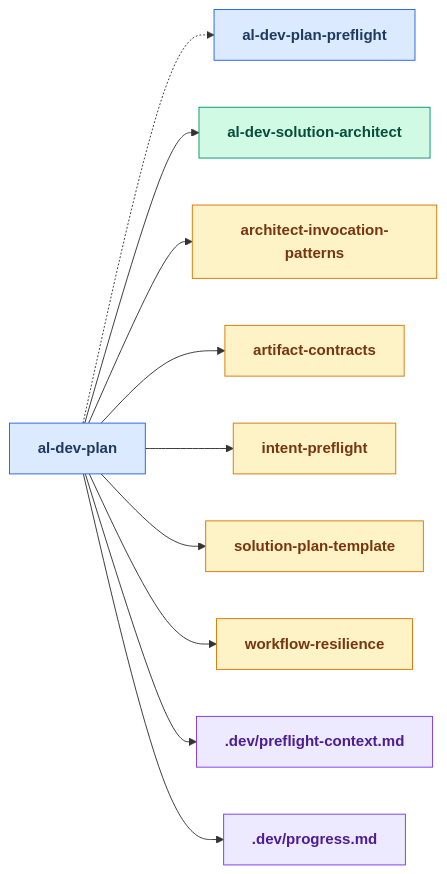
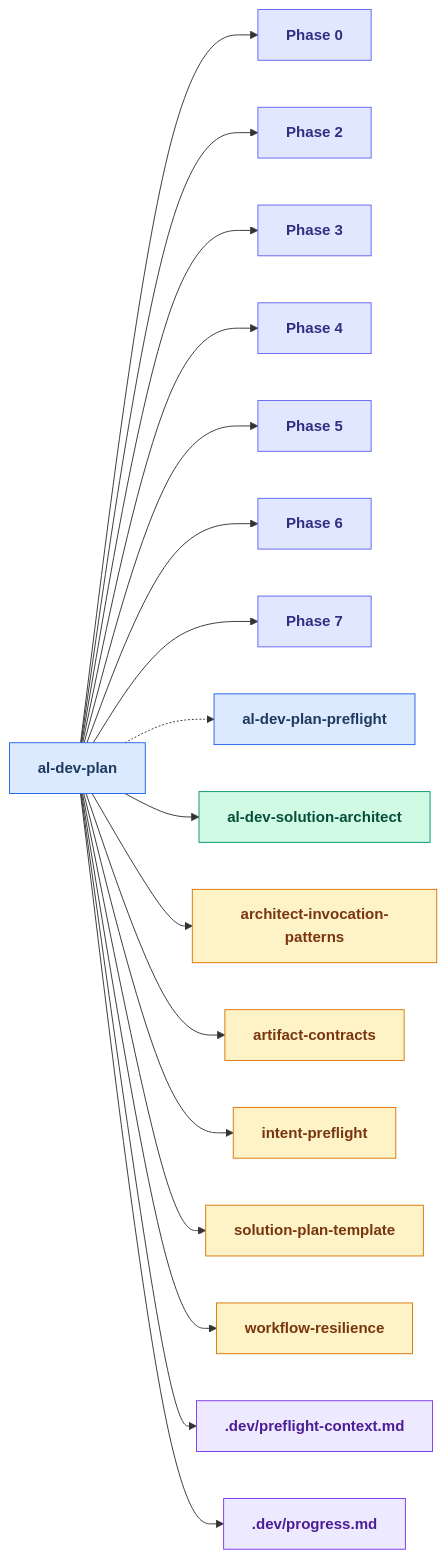
One commit to russell-laing/al-dev-shared changed the sixth of 25 diagrams in docs/al-dev-skills-map.md. Above: the diagram before and after it, drawn with Mermaid. The commit also changed other lines of this file and 1 other file, not shown here.

First line of the commit message:
feat: generate Phase<N> nodes in skill drilldown diagrams

````diff
--- a/docs/al-dev-skills-map.md
+++ b/docs/al-dev-skills-map.md
@@ -263,39 +288,61 @@
 ```mermaid
 flowchart LR
     classDef skillNode fill:#dbeafe,stroke:#2563eb,color:#1e3a5f,font-weight:bold
     classDef agentNode fill:#d1fae5,stroke:#059669,color:#064e3b,font-weight:bold
     classDef knowledgeNode fill:#fef3c7,stroke:#d97706,color:#78350f,font-weight:bold
     classDef artifactNode fill:#ede9fe,stroke:#7c3aed,color:#4c1d95,font-weight:bold
+    classDef phaseNode fill:#e0e7ff,stroke:#6366f1,color:#312e81,font-weight:bold
 
     skill_al_dev_plan[al-dev-plan]
+    Phase0["Phase 0"]
+    Phase2["Phase 2"]
+    Phase3["Phase 3"]
+    Phase4["Phase 4"]
+    Phase5["Phase 5"]
+    Phase6["Phase 6"]
+    Phase7["Phase 7"]
     skill_al_dev_plan_preflight[al-dev-plan-preflight]
     agent_al_dev_solution_architect[al-dev-solution-architect]
     knowledge_architect_invocation_patterns_md[architect-invocation-patterns]
     knowledge_artifact_contracts_md[artifact-contracts]
     knowledge_intent_preflight_md[intent-preflight]
     knowledge_solution_plan_template_md[solution-plan-template]
     knowledge_workflow_resilience_md[workflow-resilience]
     artifact_preflight_context_md[.dev/preflight-context.md]
     artifact_progress_md[.dev/progress.md]
 
+    skill_al_dev_plan --> Phase0
+    skill_al_dev_plan --> Phase2
+    skill_al_dev_plan --> Phase3
+    skill_al_dev_plan --> Phase4
+    skill_al_dev_plan --> Phase5
+    skill_al_dev_plan --> Phase6
+    skill_al_dev_plan --> Phase7
     skill_al_dev_plan -.-> skill_al_dev_plan_preflight
     skill_al_dev_plan --> agent_al_dev_solution_architect
     skill_al_dev_plan --> knowledge_architect_invocation_patterns_md
     skill_al_dev_plan --> knowledge_artifact_contracts_md
     skill_al_dev_plan --> knowledge_intent_preflight_md
     skill_al_dev_plan --> knowledge_solution_plan_template_md
     skill_al_dev_plan --> knowledge_workflow_resilience_md
     skill_al_dev_plan --> artifact_preflight_context_md
     skill_al_dev_plan --> artifact_progress_md
 
     class skill_al_dev_plan skillNode
+    class Phase0 phaseNode
+    class Phase2 phaseNode
+    class Phase3 phaseNode
+    class Phase4 phaseNode
+    class Phase5 phaseNode
+    class Phase6 phaseNode
+    class Phase7 phaseNode
     class skill_al_dev_plan_preflight skillNode
     class agent_al_dev_solution_architect agentNode
     class knowledge_architect_invocation_patterns_md knowledgeNode
     class knowledge_artifact_contracts_md knowledgeNode
     class knowledge_intent_preflight_md knowledgeNode
     class knowledge_solution_plan_template_md knowledgeNode
     class knowledge_workflow_resilience_md knowledgeNode
     class artifact_preflight_context_md artifactNode
     class artifact_progress_md artifactNode
 ```
````
